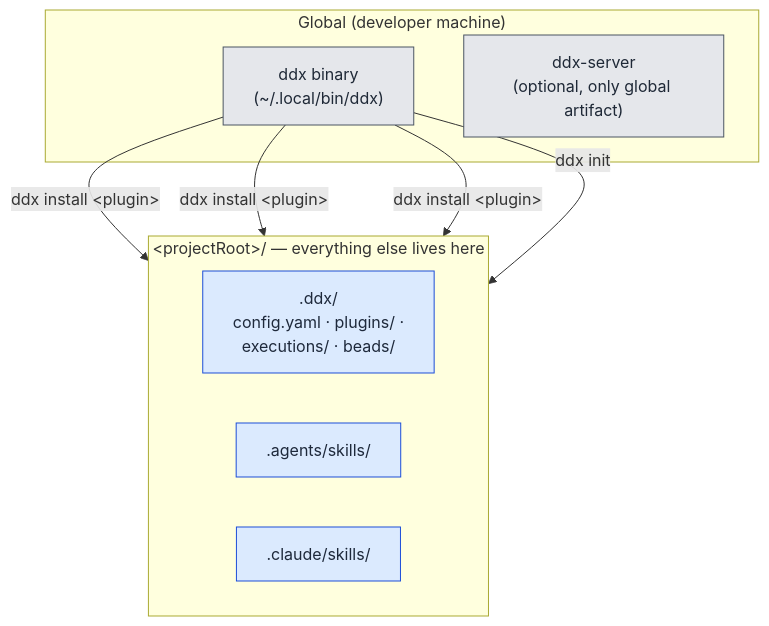
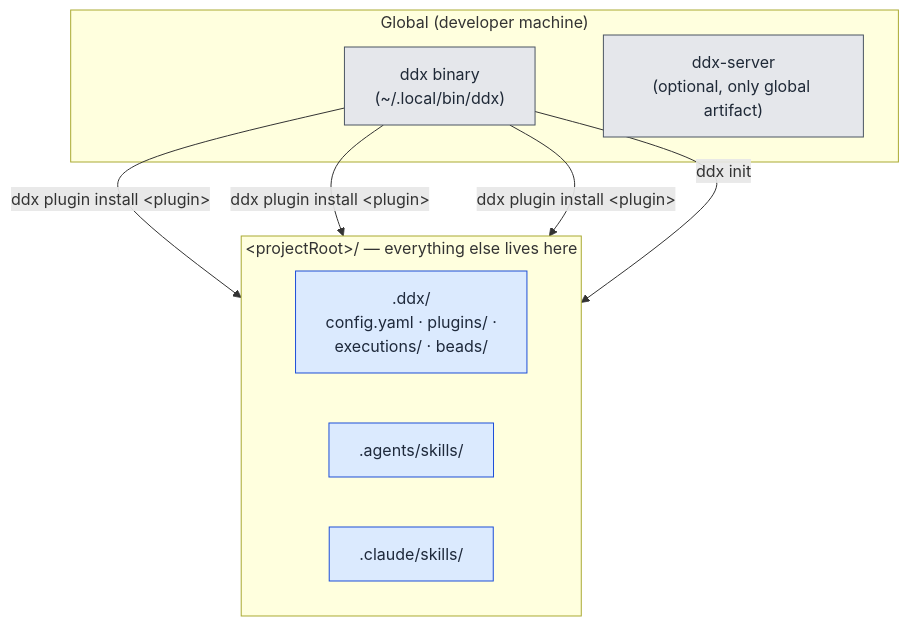
One commit to DocumentDrivenDX/ddx changed the fourth of 4 diagrams in website/content/docs/concepts/architecture.md. Above: the diagram before and after it, drawn with Mermaid. The commit also changed other lines of this file and 30 other files, not shown here.

First line of the commit message:
fix(cli): remove top-level ddx install commands [ddx-0d24ef18]

````diff
--- a/website/content/docs/concepts/architecture.md
+++ b/website/content/docs/concepts/architecture.md
@@ -226,23 +226,23 @@
 ```mermaid
 flowchart TB
     subgraph Global["Global (developer machine)"]
         Bin["ddx binary<br/>(~/.local/bin/ddx)"]
         Server["ddx-server<br/>(optional, only global artifact)"]
     end
     subgraph Project["&lt;projectRoot&gt;/ — everything else lives here"]
         direction LR
         DDxDir[".ddx/<br/>config.yaml · plugins/ ·<br/>executions/ · beads/"]
         AgentsDir[".agents/skills/"]
         ClaudeDir[".claude/skills/"]
     end
 
     Bin -->|"ddx init"| Project
-    Bin -->|"ddx install &lt;plugin&gt;"| DDxDir
-    Bin -->|"ddx install &lt;plugin&gt;"| AgentsDir
-    Bin -->|"ddx install &lt;plugin&gt;"| ClaudeDir
+    Bin -->|"ddx plugin install &lt;plugin&gt;"| DDxDir
+    Bin -->|"ddx plugin install &lt;plugin&gt;"| AgentsDir
+    Bin -->|"ddx plugin install &lt;plugin&gt;"| ClaudeDir
 
     classDef global fill:#e5e7eb,stroke:#4b5563,color:#1f2937;
     classDef local fill:#dbeafe,stroke:#1d4ed8,color:#1e293b;
     class Bin,Server global;
     class DDxDir,AgentsDir,ClaudeDir local;
 ```
````
